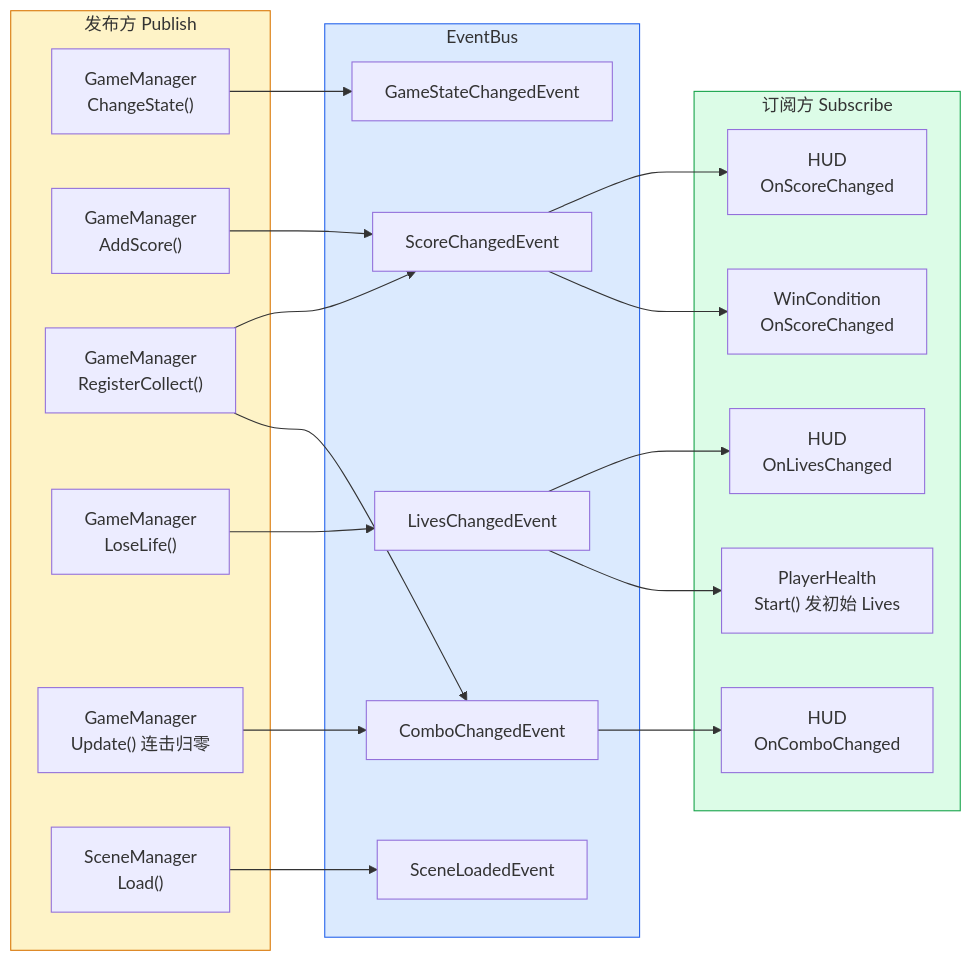
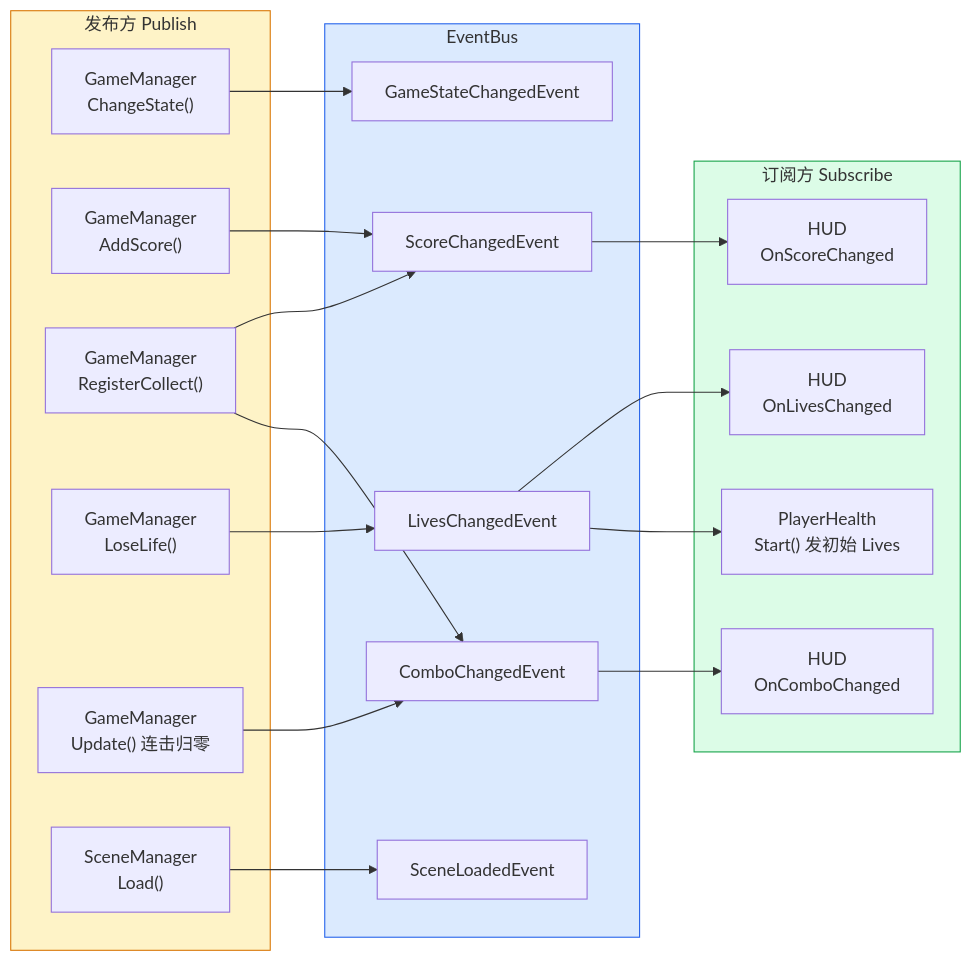
The first of 2 diagrams in docs/02-核心框架-Core.md (duyv0826/platformer-prototype), drawn with Mermaid before and after one commit. The commit also changed other lines of this file and 20 other files, not shown here.

````diff
--- a/docs/02-核心框架-Core.md
+++ b/docs/02-核心框架-Core.md
@@ -119,45 +119,43 @@
 ```mermaid
 flowchart LR
     subgraph Publishers [发布方 Publish]
         GM_ChangeState["GameManager<br/>ChangeState()"]
         GM_AddScore["GameManager<br/>AddScore()"]
         GM_Register["GameManager<br/>RegisterCollect()"]
         GM_LoseLife["GameManager<br/>LoseLife()"]
         GM_Update["GameManager<br/>Update() 连击归零"]
         SM_Load["SceneManager<br/>Load()"]
     end
 
     subgraph EventBus [EventBus]
         EB_SCE["ScoreChangedEvent"]
         EB_LCE["LivesChangedEvent"]
         EB_CCE["ComboChangedEvent"]
         EB_GSE["GameStateChangedEvent"]
         EB_SLE["SceneLoadedEvent"]
     end
 
     subgraph Subscribers [订阅方 Subscribe]
         HUD_Score["HUD<br/>OnScoreChanged"]
         HUD_Lives["HUD<br/>OnLivesChanged"]
         HUD_Combo["HUD<br/>OnComboChanged"]
-        WC["WinCondition<br/>OnScoreChanged"]
         PH["PlayerHealth<br/>Start() 发初始 Lives"]
     end
 
     GM_AddScore --> EB_SCE
     GM_Register --> EB_SCE
     GM_Register --> EB_CCE
     GM_Update --> EB_CCE
     GM_LoseLife --> EB_LCE
     GM_ChangeState --> EB_GSE
     SM_Load --> EB_SLE
 
     EB_SCE --> HUD_Score
-    EB_SCE --> WC
     EB_LCE --> HUD_Lives
     EB_CCE --> HUD_Combo
     EB_LCE --> PH
 
     style Publishers fill:#fef3c7,stroke:#d97706
     style EventBus fill:#dbeafe,stroke:#2563eb
     style Subscribers fill:#dcfce7,stroke:#16a34a
 ```
````
